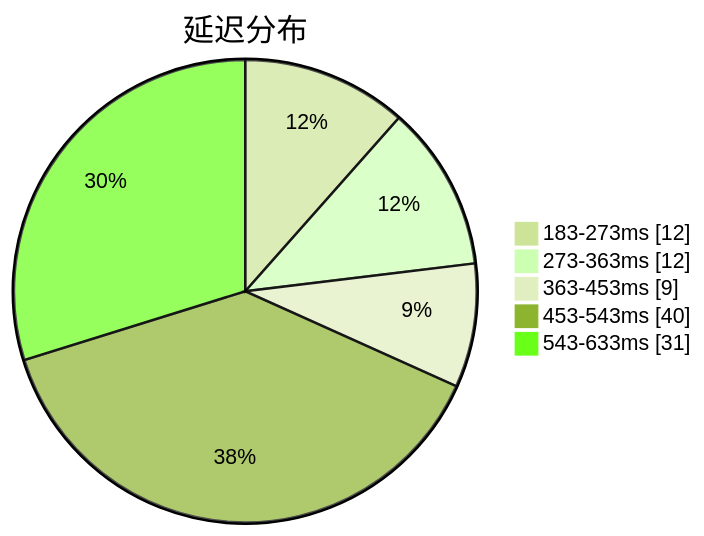
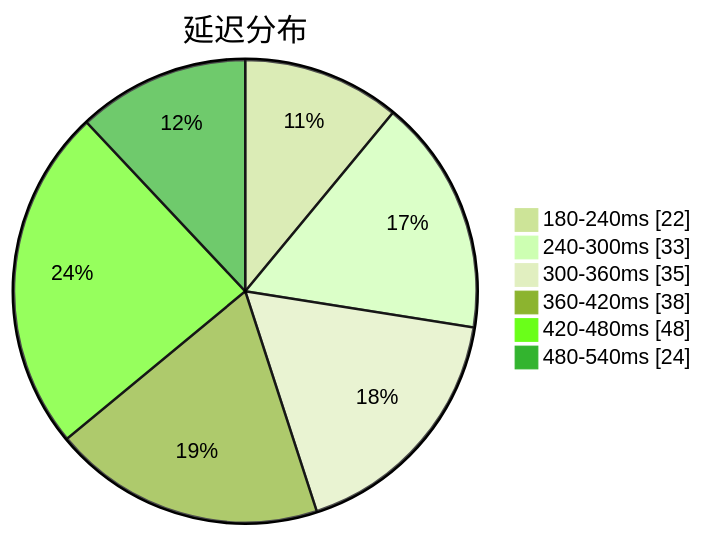
Before and after one commit to qjlxg/airport: the first of 3 diagrams in subs/statistics/tested_within.md, drawn with Mermaid (forest theme). The commit also changed other lines of this file and 2 other files, not shown here.

````diff
--- a/subs/statistics/tested_within.md
+++ b/subs/statistics/tested_within.md
@@ -2,9 +2,10 @@
 ```mermaid
 pie showData
 title 延迟分布
-"183-273ms" : 12
-"273-363ms" : 12
-"363-453ms" : 9
-"453-543ms" : 40
-"543-633ms" : 31
+"180-240ms" : 22
+"240-300ms" : 33
+"300-360ms" : 35
+"360-420ms" : 38
+"420-480ms" : 48
+"480-540ms" : 24
 ```
````
